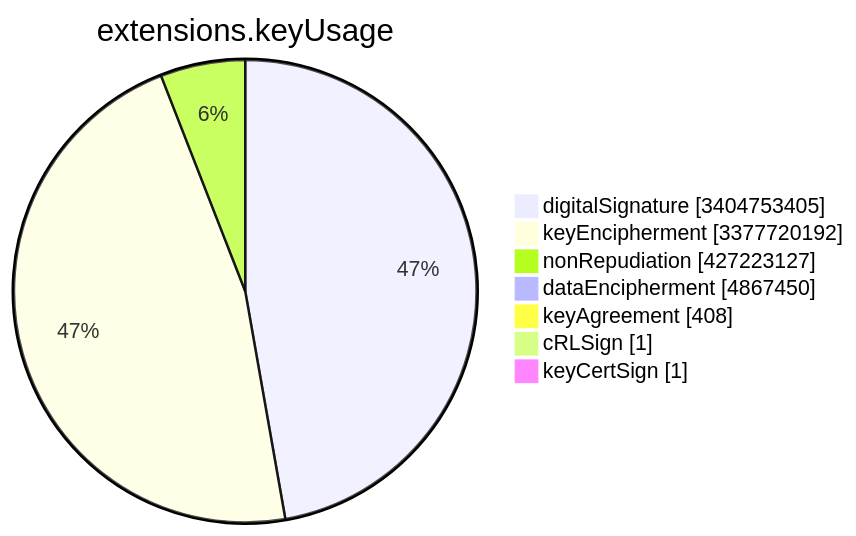
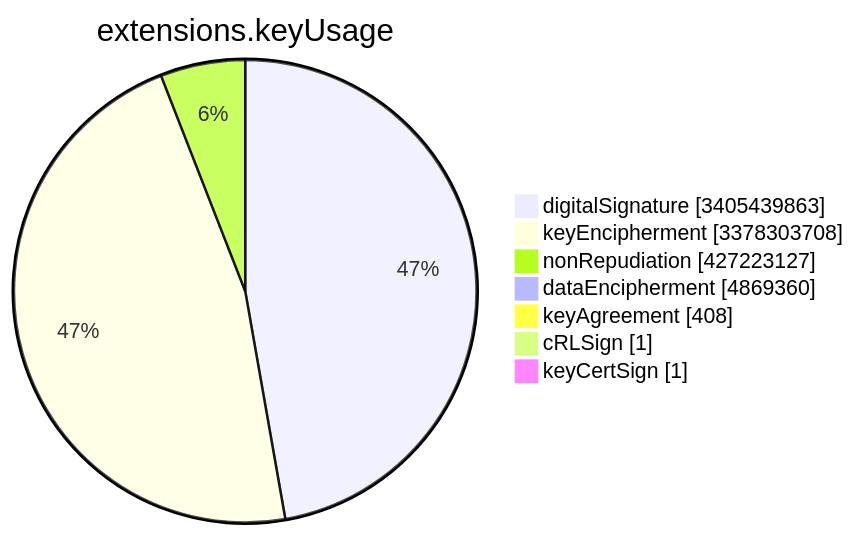
Before and after one commit to christiankrug/ctmonitor_visualization: the sixth of 15 diagrams in TOTAL/README.md, drawn with Mermaid. The commit also changed other lines of this file, not shown here.

````diff
--- a/TOTAL/README.md
+++ b/TOTAL/README.md
@@ -3081,11 +3081,11 @@
 ```mermaid
 pie showData
 title extensions.keyUsage
-"digitalSignature" :3404753405
-"keyEncipherment" :3377720192
+"digitalSignature" :3405439863
+"keyEncipherment" :3378303708
 "nonRepudiation" :427223127
-"dataEncipherment" :4867450
+"dataEncipherment" :4869360
 "keyAgreement" :408
 "cRLSign" :1
 "keyCertSign" :1
 ```
````
